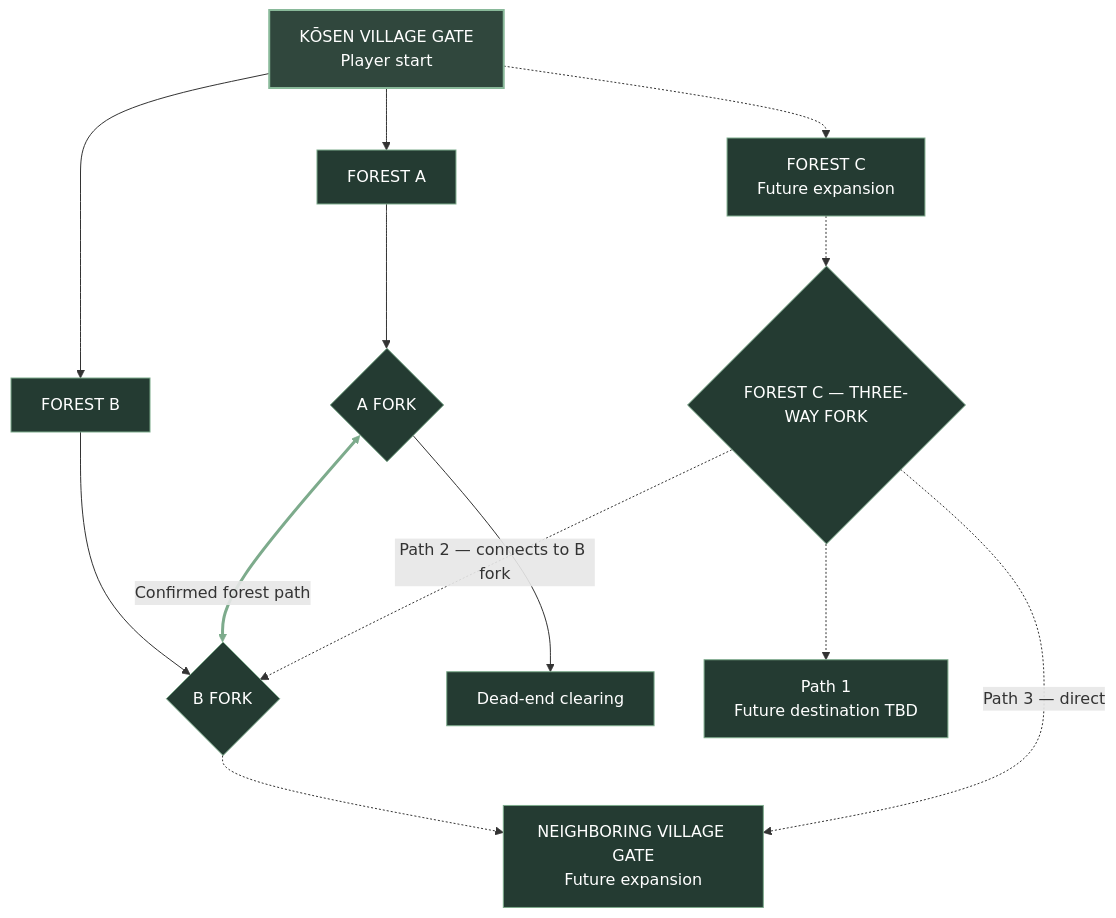
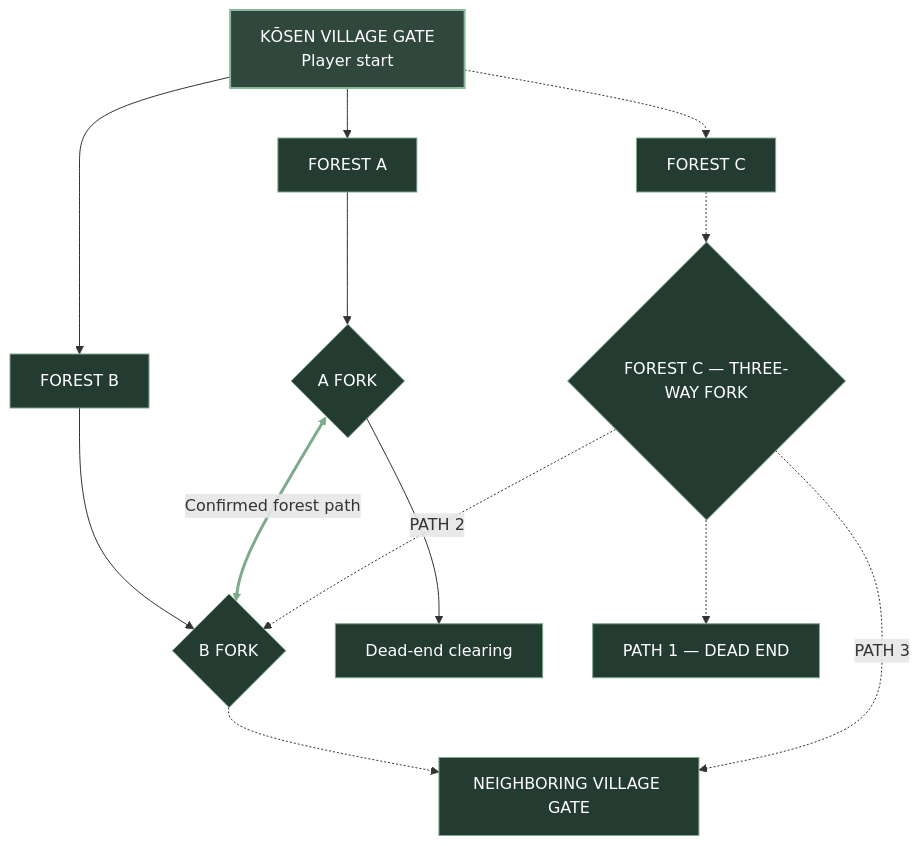
Before and after one commit to kiotdstudios/shinobi-rush: the diagram in world/maps/FULL_WORLD_MAP.md, drawn with Mermaid. The commit also changed other lines of this file, not shown here.

Commit message:
Mark Forest C path 1 dead end and simplify map labels

````diff
--- a/world/maps/FULL_WORLD_MAP.md
+++ b/world/maps/FULL_WORLD_MAP.md
@@ -5,23 +5,23 @@
 ```mermaid
 flowchart TB
     G["KŌSEN VILLAGE GATE<br/>Player start"]
     G --> A["FOREST A"]
     G --> B["FOREST B"]
-    G -.-> C["FOREST C<br/>Future expansion"]
+    G -.-> C["FOREST C"]
     A --> AF{"A FORK"}
     B --> BF{"B FORK"}
     AF --> D["Dead-end clearing"]
     AF <-->|"Confirmed forest path"| BF
-    BF -.-> N["NEIGHBORING VILLAGE GATE<br/>Future expansion"]
+    BF -.-> N["NEIGHBORING VILLAGE GATE"]
     C -.-> CF{"FOREST C — THREE-WAY FORK"}
-    CF -.-> C1["Path 1<br/>Future destination TBD"]
-    CF -.->|"Path 2 — connects to B fork"| BF
-    CF -.->|"Path 3 — direct"| N
+    CF -.-> C1["PATH 1 — DEAD END"]
+    CF -.->|"PATH 2"| BF
+    CF -.->|"PATH 3"| N
 
     classDef start fill:#30473d,color:#fff,stroke:#89b99a,stroke-width:2px;
     classDef mvp fill:#243b32,color:#fff,stroke:#7dab8c;
     class G start;
     class A,B,AF,BF,D mvp;
     class C,CF,C1,N mvp;
     linkStyle 6 stroke:#7dab8c,stroke-width:3px;
 ```
````
